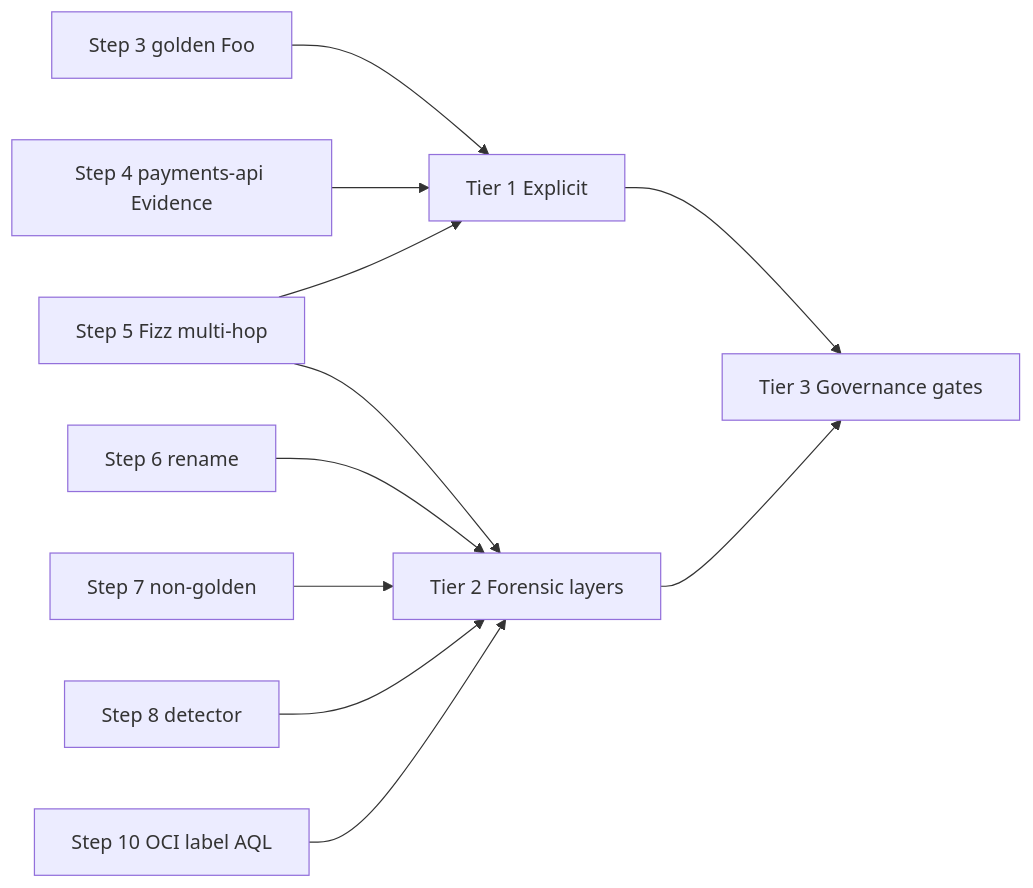
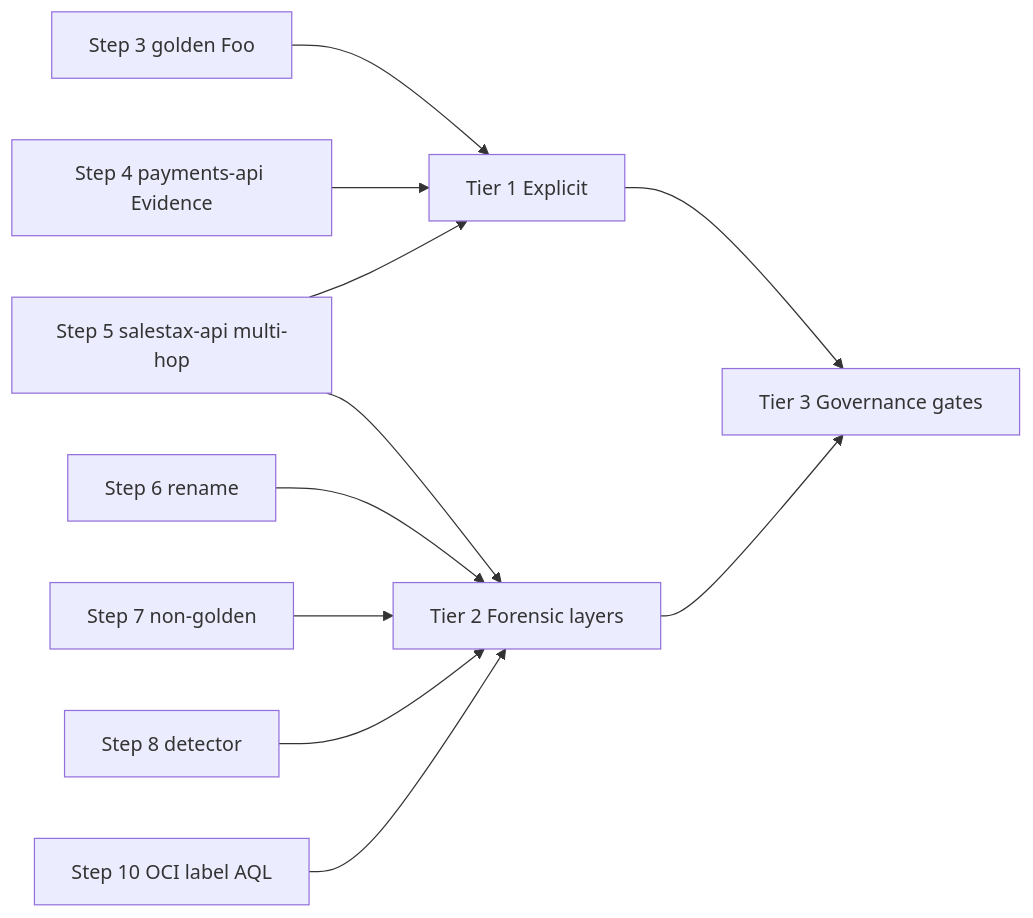
The diagram in FINDINGS.md (tomjfrog/acme-docker-lineage), drawn with Mermaid before and after one commit. The commit also changed other lines of this file and 13 other files, not shown here.

First line of the commit message:
Publish salestax-api with native GitHub Actions instead of fizz-service.

````diff
--- a/FINDINGS.md
+++ b/FINDINGS.md
@@ -369,13 +369,13 @@
 ```mermaid
 flowchart LR
   step3[Step 3 golden Foo] --> tier1[Tier 1 Explicit]
   step4[Step 4 payments-api Evidence] --> tier1
-  step5[Step 5 Fizz multi-hop] --> tier1
+  step5[Step 5 salestax-api multi-hop] --> tier1
   step5 --> tier2[Tier 2 Forensic layers]
   step6[Step 6 rename] --> tier2
   step7[Step 7 non-golden] --> tier2
   step8[Step 8 detector] --> tier2
   step10[Step 10 OCI label AQL] --> tier2
   tier1 --> tier3[Tier 3 Governance gates]
   tier2 --> tier3
 ```
````
